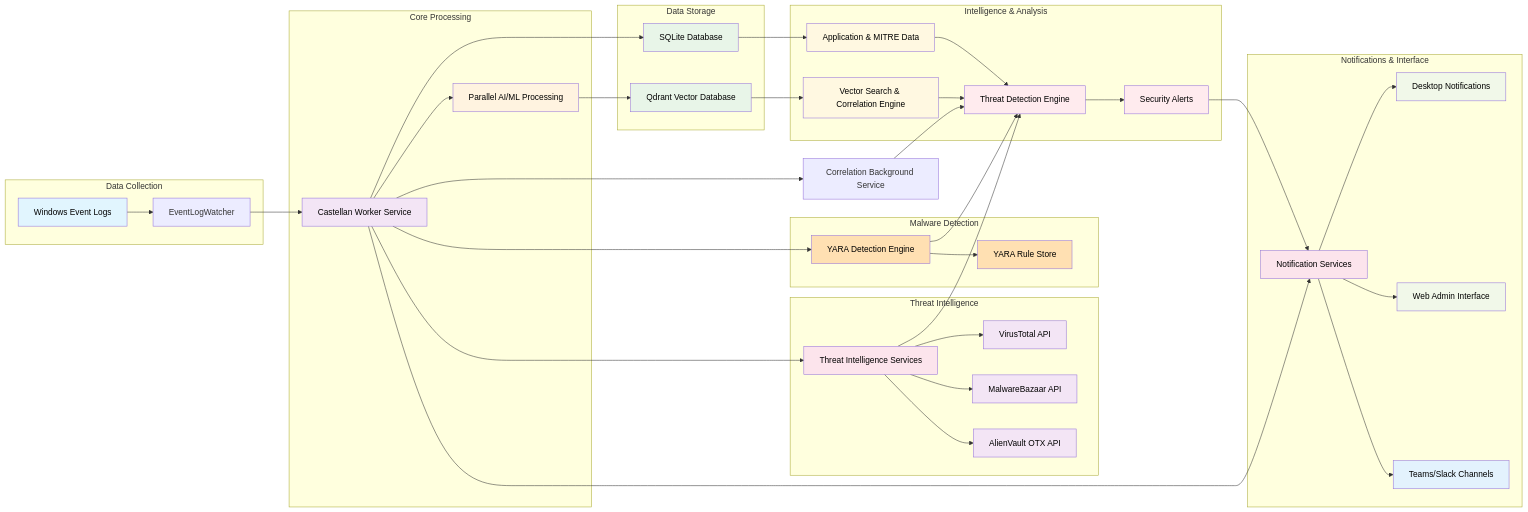
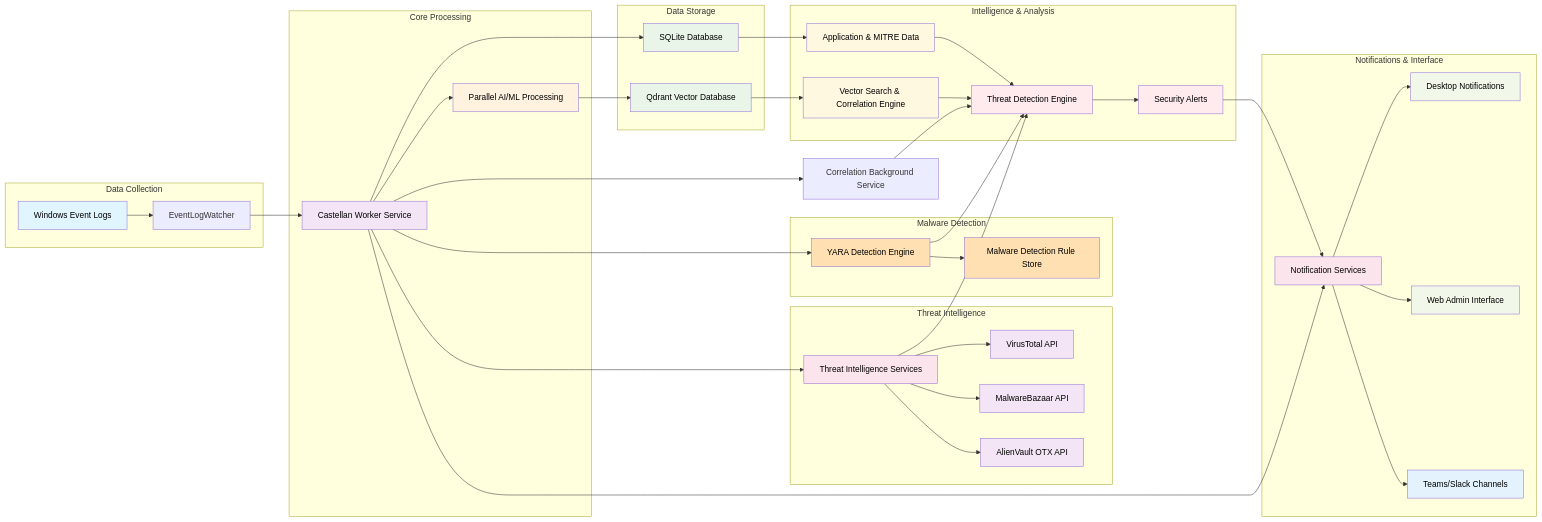
The first of 3 diagrams in docs/ARCHITECTURE.md (MLidstrom/Castellan), drawn with Mermaid before and after one commit. The commit also changed other lines of this file and 84 other files, not shown here.

First line of the commit message:
Refactor YARA to Malware in UI and System Tray

```diff
--- a/docs/ARCHITECTURE.md
+++ b/docs/ARCHITECTURE.md
@@ -32,7 +32,7 @@
     N --> O[VirusTotal API]
     N --> P[MalwareBazaar API]
     N --> Q[AlienVault OTX API]
-    R --> S[YARA Rule Store]
+    R --> S[Malware Detection Rule Store]
     B --> E[Notification Services]
     E --> F[Desktop Notifications]
     E --> G[Web Admin Interface]
```
